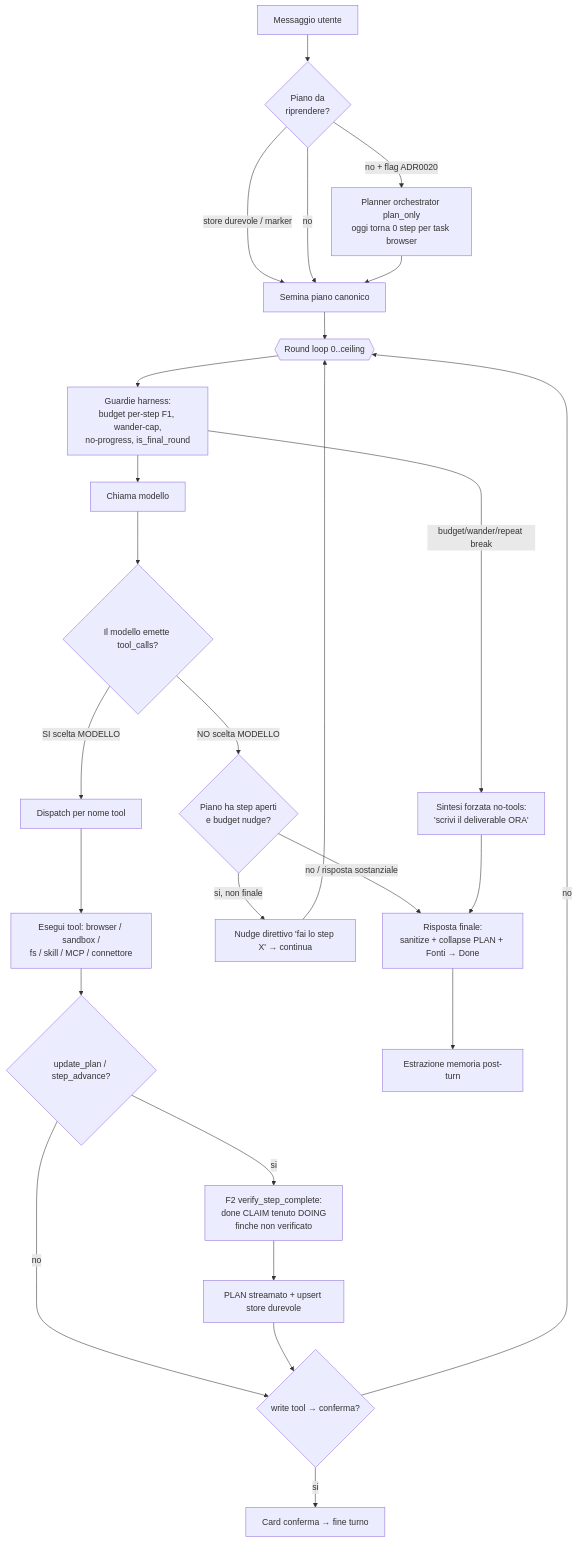
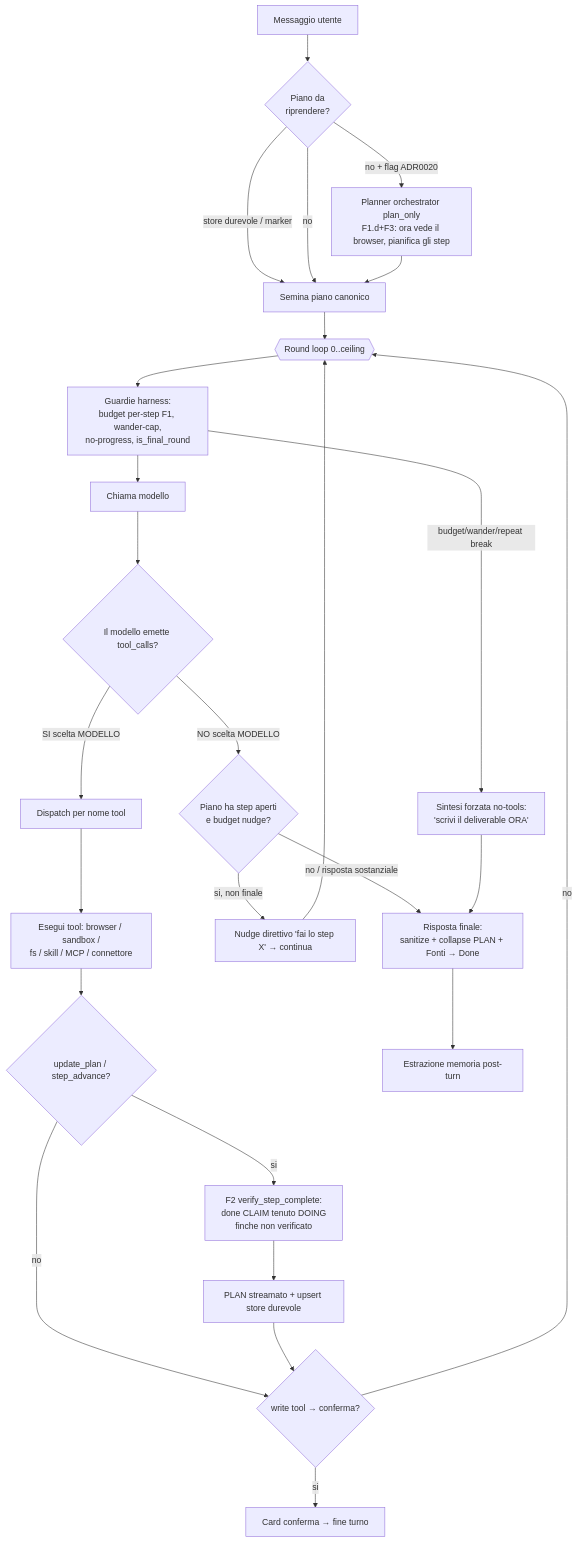
Before and after one commit to homun-app/homun-core: the diagram in docs/architecture/agent-loop.md, drawn with Mermaid. The commit also changed 3 other files, not shown here.

````diff
--- a/docs/architecture/agent-loop.md
+++ b/docs/architecture/agent-loop.md
@@ -20,32 +20,32 @@
 ```mermaid
 flowchart TD
     REQ[Messaggio utente] --> SEED{Piano da<br/>riprendere?}
     SEED -- "store durevole / marker" --> PLAN0[Semina piano canonico]
-    SEED -- "no + flag ADR0020" --> ORCH[Planner orchestrator plan_only<br/>oggi torna 0 step per task browser]
+    SEED -- "no + flag ADR0020" --> ORCH[Planner orchestrator plan_only<br/>F1.d+F3: ora vede il browser, pianifica gli step]
     SEED -- no --> PLAN0
     ORCH --> PLAN0
     PLAN0 --> LOOP{{Round loop 0..ceiling}}
 
     LOOP --> GUARD[Guardie harness:<br/>budget per-step F1, wander-cap,<br/>no-progress, is_final_round]
     GUARD -- "budget/wander/repeat break" --> SYNTH
     GUARD --> CALL[Chiama modello]
     CALL --> FORK{Il modello emette tool_calls?}
 
     FORK -- "SI scelta MODELLO" --> DISP[Dispatch per nome tool]
     DISP --> EXEC[Esegui tool: browser / sandbox /<br/>fs / skill / MCP / connettore]
     EXEC --> PLANUPD{update_plan / step_advance?}
     PLANUPD -- si --> F2[F2 verify_step_complete:<br/>done CLAIM tenuto DOING<br/>finche non verificato]
     F2 --> MARK[PLAN streamato + upsert store durevole]
     PLANUPD -- no --> CONFIRM{write tool → conferma?}
     MARK --> CONFIRM
     CONFIRM -- "si" --> ENDC[Card conferma → fine turno]
     CONFIRM -- no --> LOOP
 
     FORK -- "NO scelta MODELLO" --> NUDGE{Piano ha step aperti<br/>e budget nudge?}
     NUDGE -- "si, non finale" --> DIR[Nudge direttivo 'fai lo step X' → continua]
     DIR --> LOOP
     NUDGE -- "no / risposta sostanziale" --> FINAL[Risposta finale:<br/>sanitize + collapse PLAN + Fonti → Done]
 
     SYNTH[Sintesi forzata no-tools:<br/>'scrivi il deliverable ORA'] --> FINAL
     FINAL --> MEM[Estrazione memoria post-turn]
 ```
````
